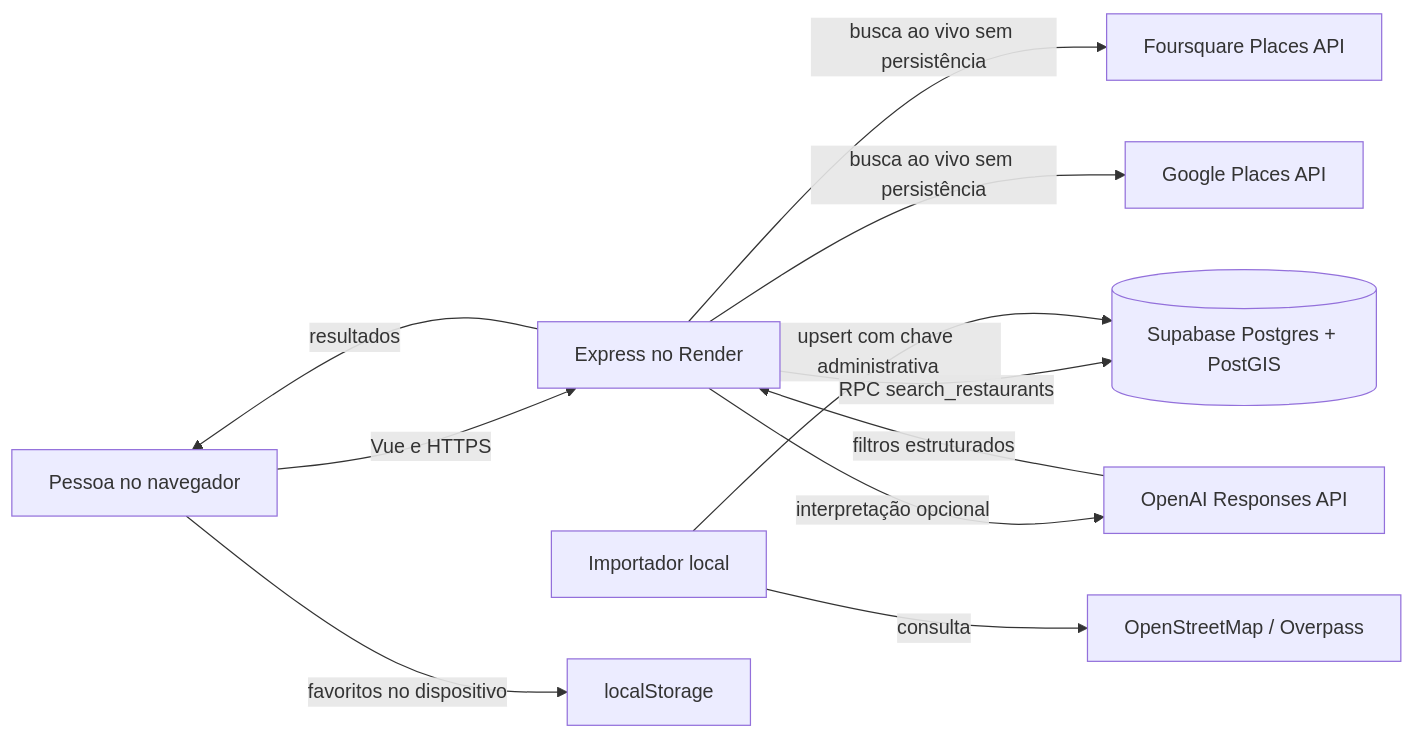
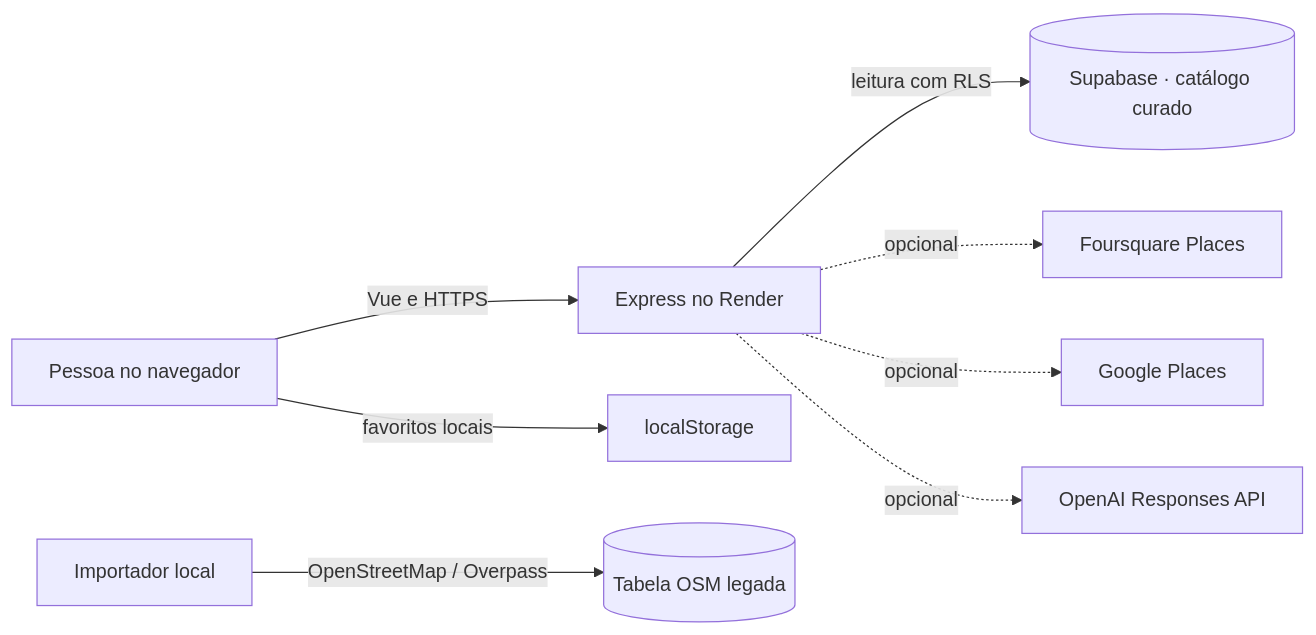
One commit to pedrospnv/onde-vamos-comer changed the diagram in docs/arquitetura.md. Above: the diagram before and after it, drawn with Mermaid. The commit also changed other lines of this file and 10 other files, not shown here.

````diff
--- a/docs/arquitetura.md
+++ b/docs/arquitetura.md
@@ -7,13 +7,10 @@
 ```mermaid
 flowchart LR
   U[Pessoa no navegador] -->|Vue e HTTPS| E[Express no Render]
-  E -->|RPC search_restaurants| S[(Supabase Postgres + PostGIS)]
-  E -->|busca ao vivo sem persistência| F[Foursquare Places API]
-  E -->|busca ao vivo sem persistência| G[Google Places API]
-  E -->|interpretação opcional| O[OpenAI Responses API]
-  O -->|filtros estruturados| E
-  E -->|resultados| U
-  X[Importador local] -->|consulta| P[OpenStreetMap / Overpass]
-  X -->|upsert com chave administrativa| S
-  U -->|favoritos no dispositivo| L[localStorage]
+  E -->|leitura com RLS| S[(Supabase · catálogo curado)]
+  E -. opcional .-> F[Foursquare Places]
+  E -. opcional .-> G[Google Places]
+  E -. opcional .-> O[OpenAI Responses API]
+  X[Importador local] -->|OpenStreetMap / Overpass| L[(Tabela OSM legada)]
+  U -->|favoritos locais| B[localStorage]
 ```
````
